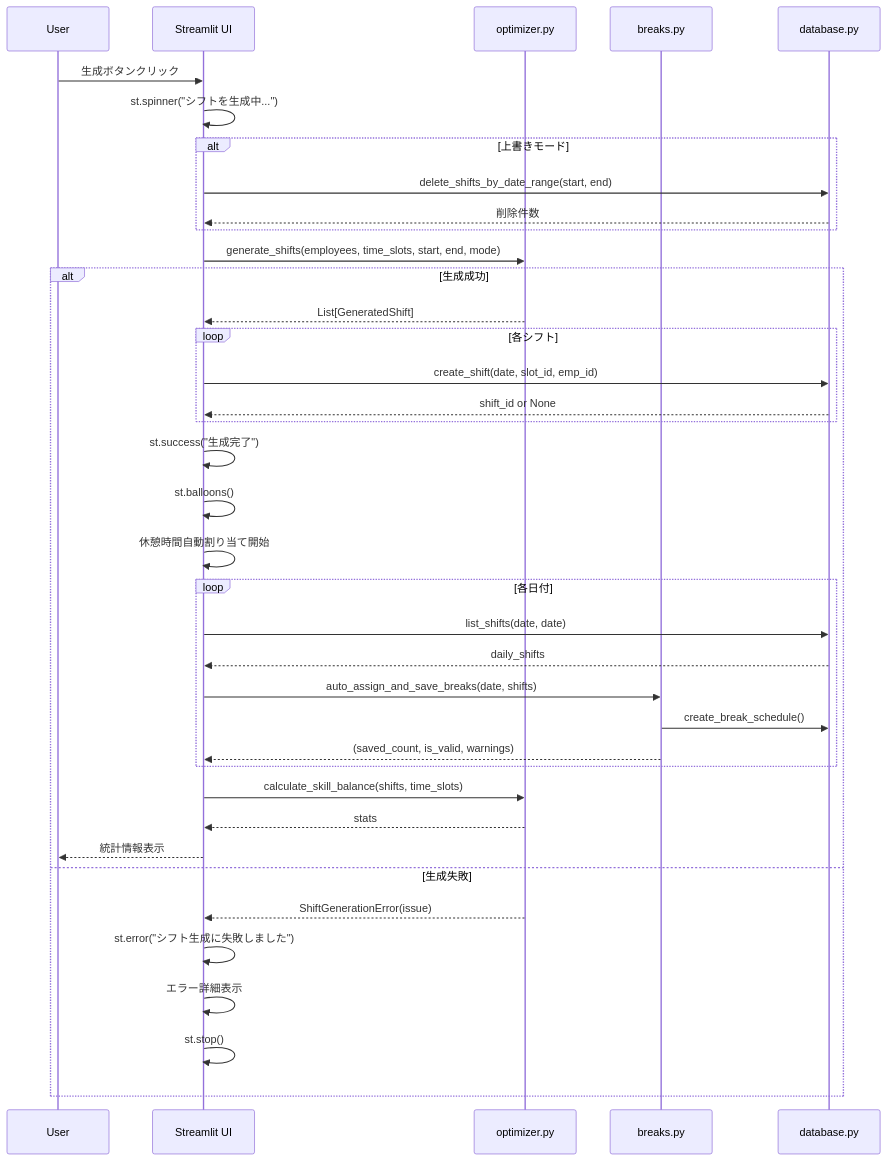
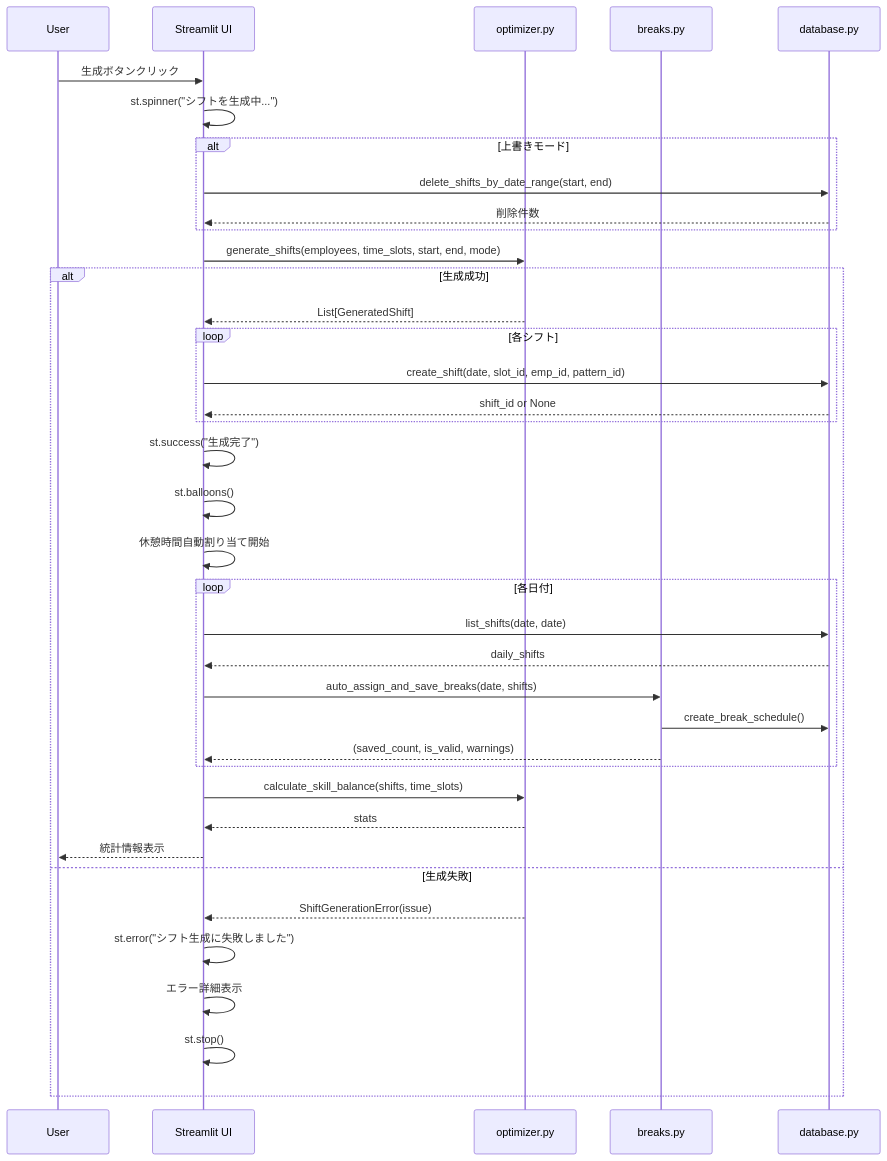
One commit to kumagoro1202/shift-scheduler changed the second of 3 diagrams in design/シフト生成画面_詳細設計書.md. Above: the diagram before and after it, drawn with Mermaid. The commit also changed other lines of this file and 1 other file, not shown here.

````diff
--- a/design/シフト生成画面_詳細設計書.md
+++ b/design/シフト生成画面_詳細設計書.md
@@ -260,52 +265,52 @@
 ```mermaid
 sequenceDiagram
     participant User
     participant UI as Streamlit UI
     participant Optimizer as optimizer.py
     participant Breaks as breaks.py
     participant DB as database.py
 
     User->>UI: 生成ボタンクリック
     UI->>UI: st.spinner("シフトを生成中...")
     
     alt 上書きモード
         UI->>DB: delete_shifts_by_date_range(start, end)
         DB-->>UI: 削除件数
     end
     
     UI->>Optimizer: generate_shifts(employees, time_slots, start, end, mode)
     
     alt 生成成功
         Optimizer-->>UI: List[GeneratedShift]
         
         loop 各シフト
-            UI->>DB: create_shift(date, slot_id, emp_id)
+            UI->>DB: create_shift(date, slot_id, emp_id, pattern_id)
             DB-->>UI: shift_id or None
         end
         
         UI->>UI: st.success("生成完了")
         UI->>UI: st.balloons()
         
         UI->>UI: 休憩時間自動割り当て開始
         
         loop 各日付
             UI->>DB: list_shifts(date, date)
             DB-->>UI: daily_shifts
             
             UI->>Breaks: auto_assign_and_save_breaks(date, shifts)
             Breaks->>DB: create_break_schedule()
             Breaks-->>UI: (saved_count, is_valid, warnings)
         end
         
         UI->>Optimizer: calculate_skill_balance(shifts, time_slots)
         Optimizer-->>UI: stats
         
         UI-->>User: 統計情報表示
         
     else 生成失敗
         Optimizer-->>UI: ShiftGenerationError(issue)
         UI->>UI: st.error("シフト生成に失敗しました")
         UI->>UI: エラー詳細表示
         UI->>UI: st.stop()
     end
 ```
````
